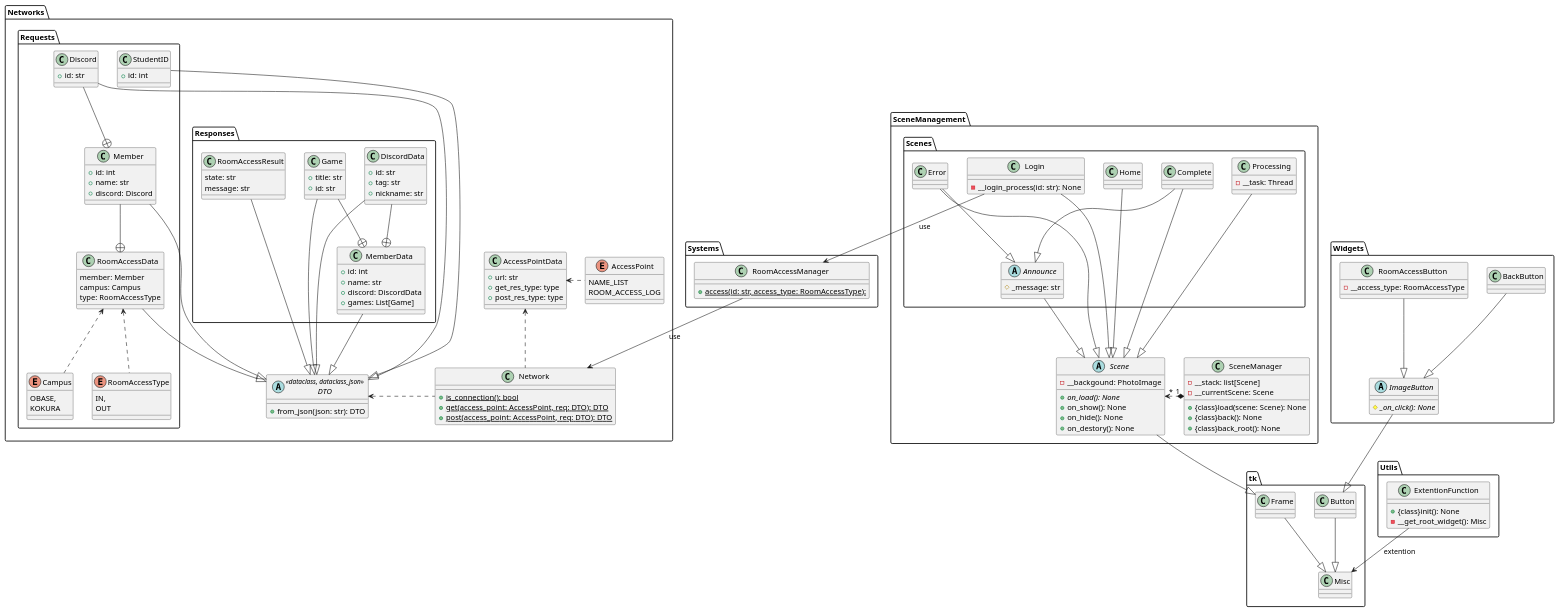
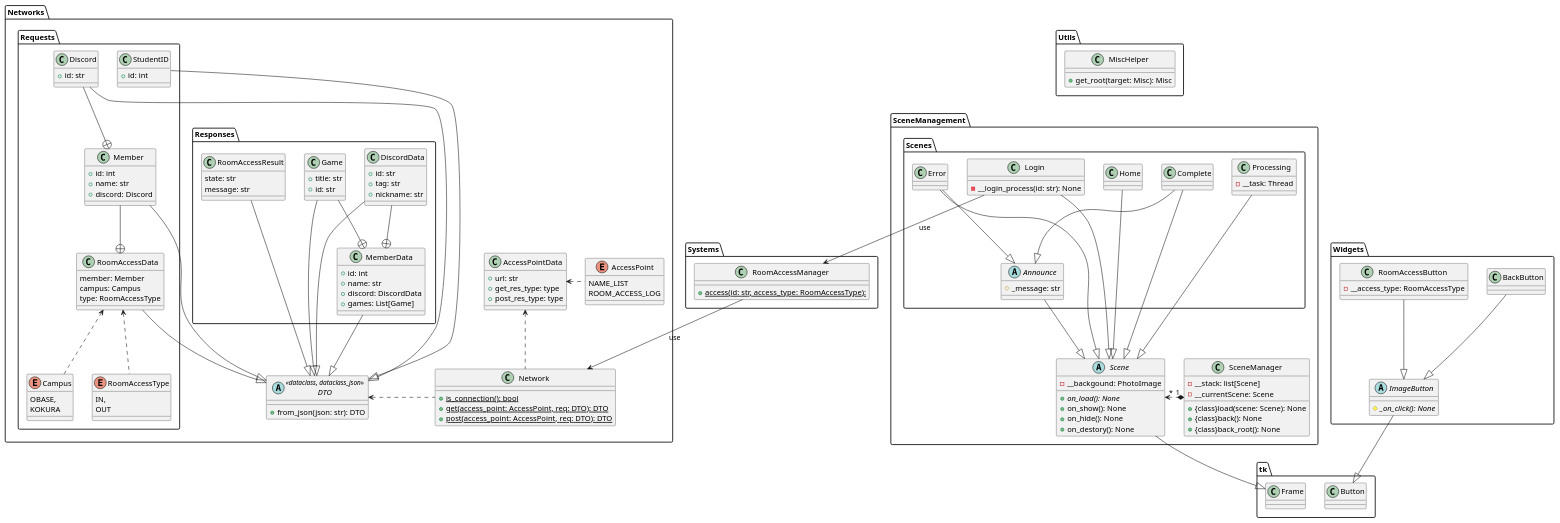
The diagram in UMLs/Class Diagrams/All.pu (nmskm240/NITeRAS), drawn with PlantUML before and after one commit. The commit also changed 7 other files, not shown here.

```diff
--- a/UMLs/Class Diagrams/All.pu
+++ b/UMLs/Class Diagrams/All.pu
@@ -145,10 +145,9 @@
 }
 package Utils
 {
-    class ExtentionFunction
+    class MiscHelper
     {
-        +{class}init(): None
-        -__get_root_widget(): Misc
+        +get_root(target: Misc): Misc
     }
 }
 package Widgets
@@ -163,9 +162,6 @@
         -__access_type: RoomAccessType
     }
 }
-
-tk.Frame --|> tk.Misc
-tk.Button --|> tk.Misc
 
 Scene --|> tk.Frame
 Announce --|> Scene
@@ -205,6 +201,5 @@
 
 Login --> RoomAccessManager : use
 RoomAccessManager --> Network : use
-ExtentionFunction --> tk.Misc : extention
 
 @enduml
```
